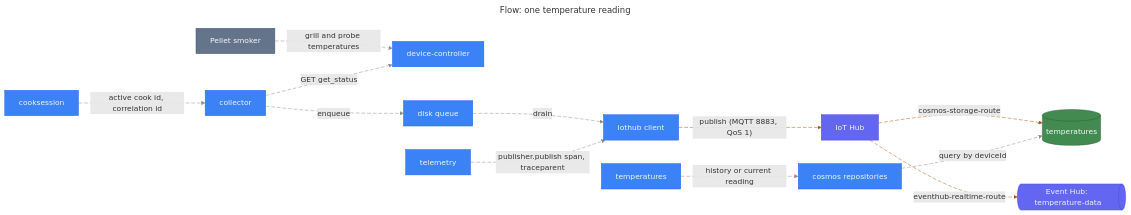
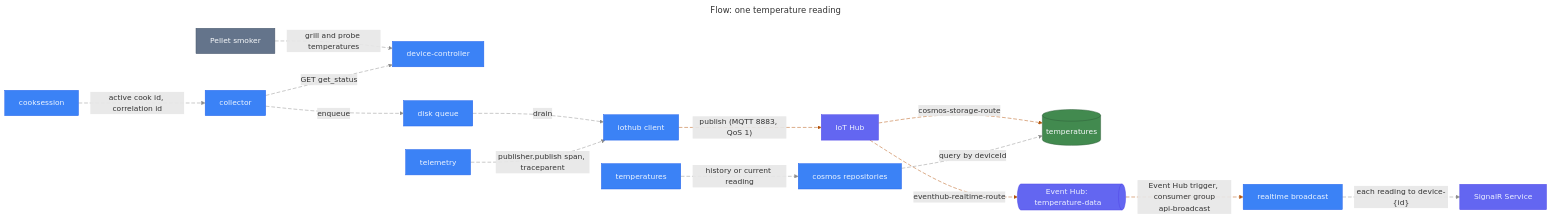
Diagram 11 of 16 in docs/architecture/diagrams.md (stevebargelt/meatgeekv2), drawn with Mermaid before and after one commit. The commit also changed other lines of this file and 8 other files, not shown here.

First line of the commit message:
docs(architecture): HAR-69 the model shows the device twin and SignalR push as live; ADR for both decisions

````diff
--- a/docs/architecture/diagrams.md
+++ b/docs/architecture/diagrams.md
@@ -862,39 +834,44 @@
 ```mermaid
 ---
 title: "Flow: one temperature reading"
 ---
 graph LR
   Smoker@{ shape: rectangle, label: "Pellet smoker" }
   MeatgeekEdgePusherSession@{ shape: rectangle, label: "cooksession" }
   MeatgeekEdgePusherCollector@{ shape: rectangle, label: "collector" }
   MeatgeekEdgeController@{ shape: rectangle, label: "device-controller" }
   MeatgeekEdgePusherQueue@{ shape: rectangle, label: "disk queue" }
   MeatgeekEdgePusherTracing@{ shape: rectangle, label: "telemetry" }
   MeatgeekEdgePusherIot@{ shape: rectangle, label: "iothub client" }
   MeatgeekCloudIngestIothub@{ shape: rectangle, label: "IoT Hub" }
   MeatgeekCloudDataTemperatures@{ shape: cylinder, label: "temperatures" }
   MeatgeekCloudIngestEventhub@{ shape: horizontal-cylinder, label: "Event Hub: temperature-data" }
+  MeatgeekCloudApiBroadcast@{ shape: rectangle, label: "realtime broadcast" }
+  MeatgeekCloudRealtime@{ shape: rectangle, label: "SignalR Service" }
   MeatgeekCloudApiTemperatures@{ shape: rectangle, label: "temperatures" }
   MeatgeekCloudApiRepos@{ shape: rectangle, label: "cosmos repositories" }
   Smoker -. "`grill and probe temperatures`" .-> MeatgeekEdgeController
   MeatgeekEdgePusherCollector -. "`GET get_status`" .-> MeatgeekEdgeController
   MeatgeekEdgePusherSession -. "`active cook id, correlation id`" .-> MeatgeekEdgePusherCollector
   MeatgeekEdgePusherCollector -. "`enqueue`" .-> MeatgeekEdgePusherQueue
   MeatgeekEdgePusherQueue -. "`drain`" .-> MeatgeekEdgePusherIot
   MeatgeekEdgePusherTracing -. "`publisher.publish span, traceparent`" .-> MeatgeekEdgePusherIot
   MeatgeekEdgePusherIot -. "`publish (MQTT 8883, QoS 1)`" .-> MeatgeekCloudIngestIothub
   MeatgeekCloudIngestIothub -. "`cosmos-storage-route`" .-> MeatgeekCloudDataTemperatures
   MeatgeekCloudIngestIothub -. "`eventhub-realtime-route`" .-> MeatgeekCloudIngestEventhub
+  MeatgeekCloudIngestEventhub -. "`Event Hub trigger, consumer group
+api-broadcast`" .-> MeatgeekCloudApiBroadcast
+  MeatgeekCloudApiBroadcast -. "`each reading to device-{id}`" .-> MeatgeekCloudRealtime
   MeatgeekCloudApiTemperatures -. "`history or current reading`" .-> MeatgeekCloudApiRepos
   MeatgeekCloudApiRepos -. "`query by deviceId`" .-> MeatgeekCloudDataTemperatures
   classDef muted fill:#64748b,stroke:#475569,color:#f8fafc
   class Smoker muted
   classDef primary fill:#3b82f6,stroke:#2563eb,color:#eff6ff
-  class MeatgeekEdgePusherSession,MeatgeekEdgePusherCollector,MeatgeekEdgeController,MeatgeekEdgePusherQueue,MeatgeekEdgePusherTracing,MeatgeekEdgePusherIot,MeatgeekCloudApiTemperatures,MeatgeekCloudApiRepos primary
+  class MeatgeekEdgePusherSession,MeatgeekEdgePusherCollector,MeatgeekEdgeController,MeatgeekEdgePusherQueue,MeatgeekEdgePusherTracing,MeatgeekEdgePusherIot,MeatgeekCloudApiBroadcast,MeatgeekCloudApiTemperatures,MeatgeekCloudApiRepos primary
   classDef indigo fill:#6366f1,stroke:#4f46e5,color:#eef2ff
-  class MeatgeekCloudIngestIothub,MeatgeekCloudIngestEventhub indigo
+  class MeatgeekCloudIngestIothub,MeatgeekCloudIngestEventhub,MeatgeekCloudRealtime indigo
   classDef green fill:#428a4f,stroke:#2d5d39,color:#f8fafc
   class MeatgeekCloudDataTemperatures green
-  linkStyle 0,1,2,3,4,5,9,10 stroke:#8D8D8D,stroke-dasharray:8 4
-  linkStyle 6,7,8 stroke:#b45309,stroke-dasharray:8 4
+  linkStyle 0,1,2,3,4,5,10,11,12 stroke:#8D8D8D,stroke-dasharray:8 4
+  linkStyle 6,7,8,9 stroke:#b45309,stroke-dasharray:8 4
 ```
````
